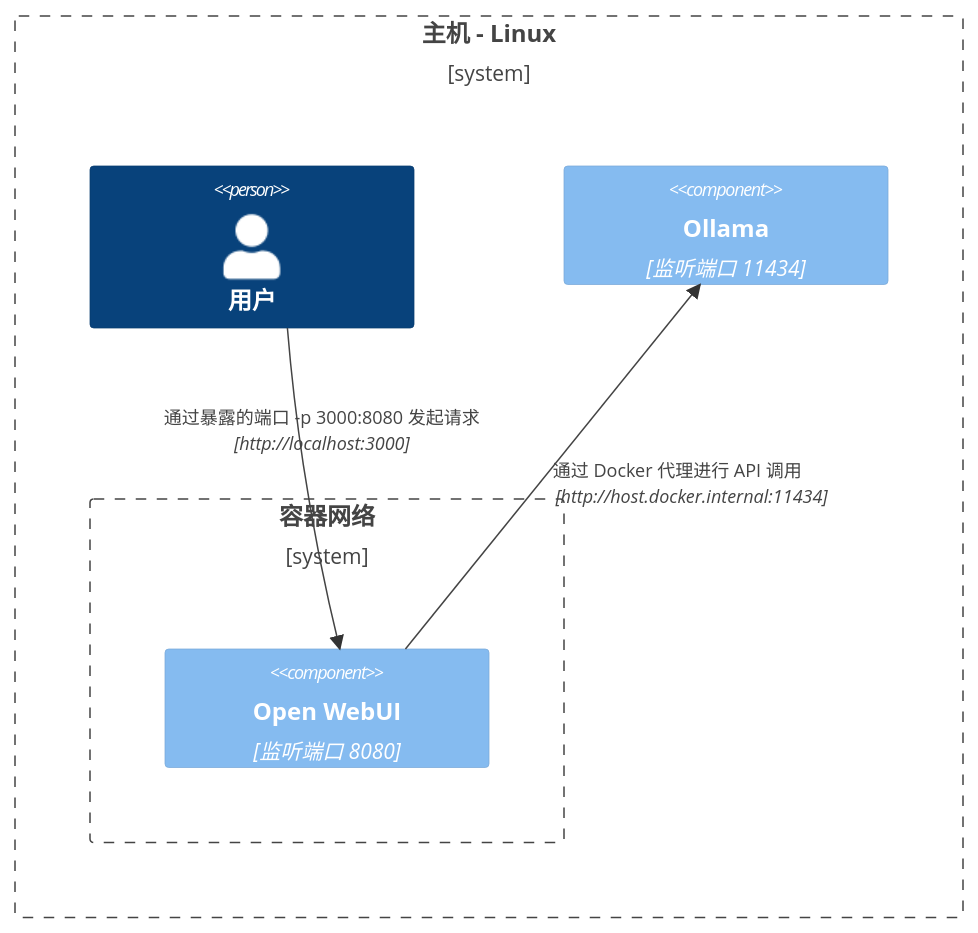
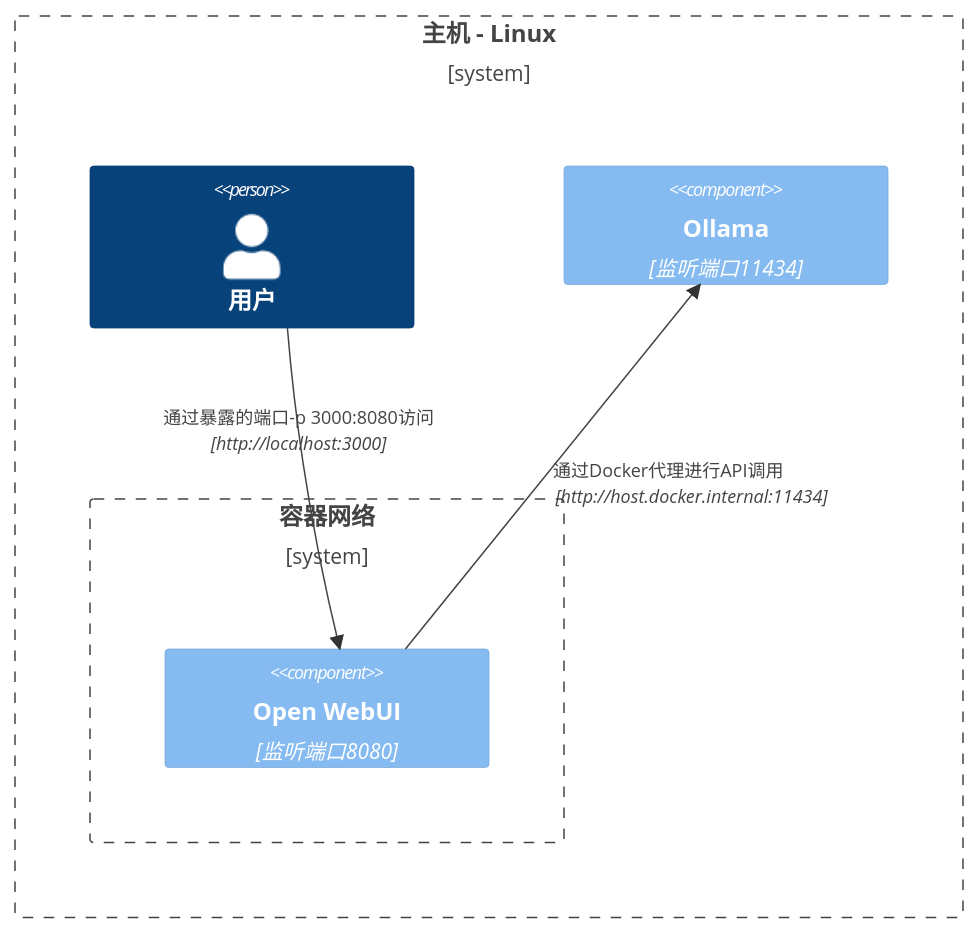
Before and after one commit to LazyG9/openwebui-doc-zh: the fifth of 8 diagrams in docs/troubleshooting/network-diagrams.mdx, drawn with Mermaid. The commit also changed other lines of this file and 11 other files, not shown here.

````diff
--- a/docs/troubleshooting/network-diagrams.mdx
+++ b/docs/troubleshooting/network-diagrams.mdx
@@ -93,13 +92,13 @@
 ```mermaid
 C4Context
 Boundary(b0, "主机 - Linux") {
    Person(user, "用户")
    Boundary(b1, "容器网络") {
-      Component(openwebui, "Open WebUI", "监听端口 8080")
+      Component(openwebui, "Open WebUI", "监听端口8080")
    }
-   Component(ollama, "Ollama", "监听端口 11434")
+   Component(ollama, "Ollama", "监听端口11434")
 }
-Rel(openwebui, ollama, "通过 Docker 代理进行 API 调用", "http://host.docker.internal:11434")
-Rel(user, openwebui, "通过暴露的端口 -p 3000:8080 发起请求", "http://localhost:3000")
+Rel(openwebui, ollama, "通过Docker代理进行API调用", "http://host.docker.internal:11434")
+Rel(user, openwebui, "通过暴露的端口-p 3000:8080访问", "http://localhost:3000")
 UpdateRelStyle(user, openwebui, $offsetX="-100", $offsetY="-50")
 ```
````
